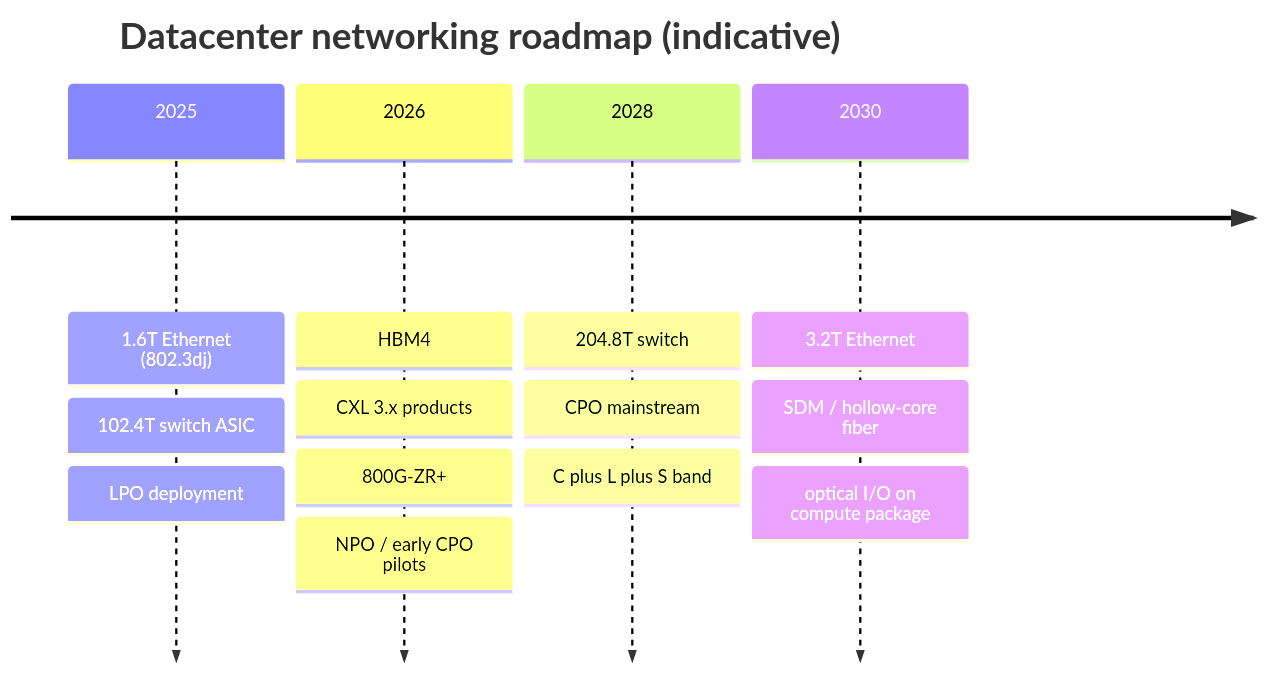
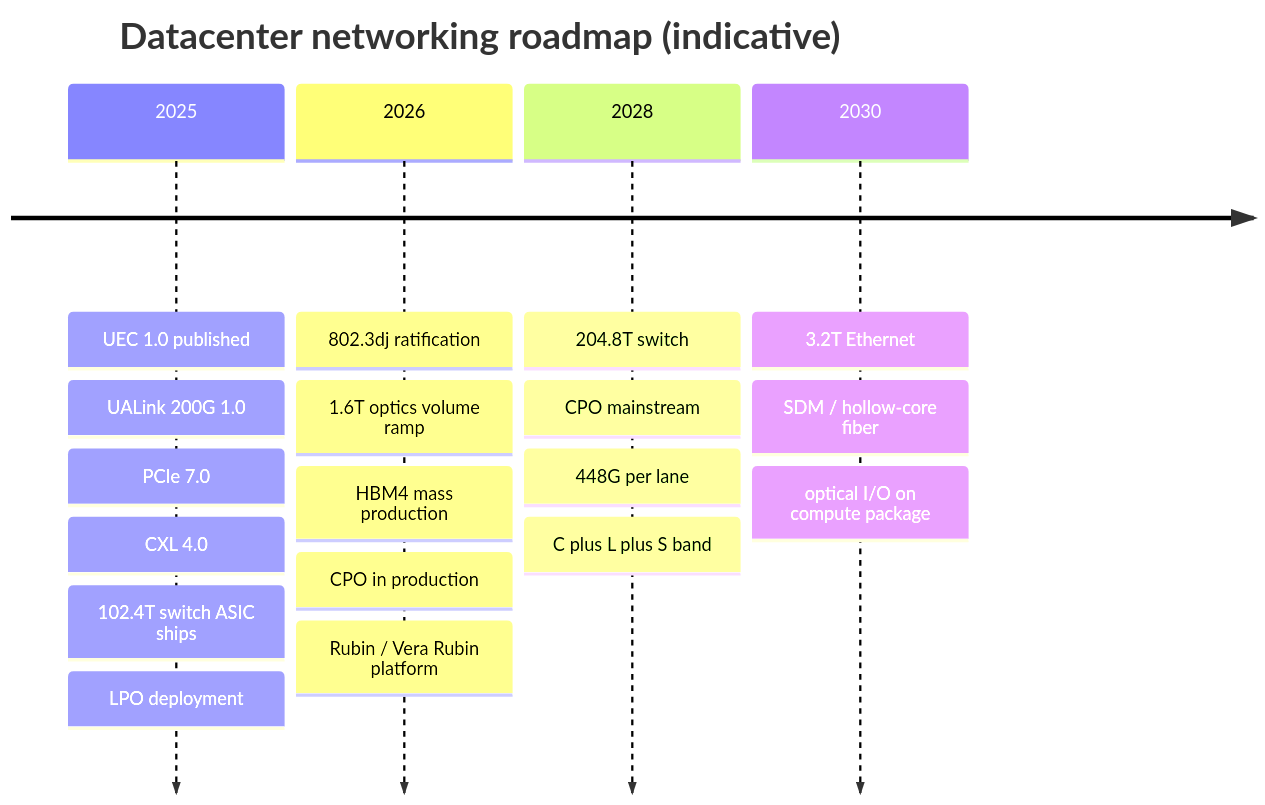
Before and after one commit to FrankHuang94/datacenter_networking_claude: the first of 2 diagrams in 24_future_roadmaps_and_emerging_technologies.md, drawn with Mermaid. The commit also changed other lines of this file and 21 other files, not shown here.

````diff
--- a/24_future_roadmaps_and_emerging_technologies.md
+++ b/24_future_roadmaps_and_emerging_technologies.md
@@ -9,8 +29,8 @@
 ```mermaid
 timeline
   title Datacenter networking roadmap (indicative)
-  2025 : 1.6T Ethernet (802.3dj) : 102.4T switch ASIC : LPO deployment
-  2026 : HBM4 : CXL 3.x products : 800G-ZR+ : NPO / early CPO pilots
-  2028 : 204.8T switch : CPO mainstream : C plus L plus S band
+  2025 : UEC 1.0 published : UALink 200G 1.0 : PCIe 7.0 : CXL 4.0 : 102.4T switch ASIC ships : LPO deployment
+  2026 : 802.3dj ratification : 1.6T optics volume ramp : HBM4 mass production : CPO in production : Rubin / Vera Rubin platform
+  2028 : 204.8T switch : CPO mainstream : 448G per lane : C plus L plus S band
   2030 : 3.2T Ethernet : SDM / hollow-core fiber : optical I/O on compute package
 ```
````
